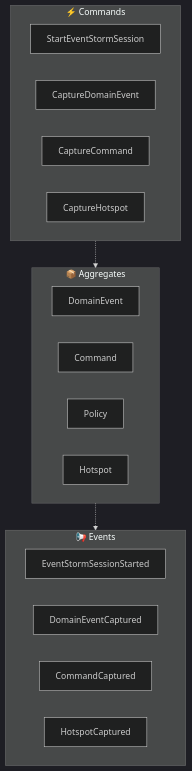
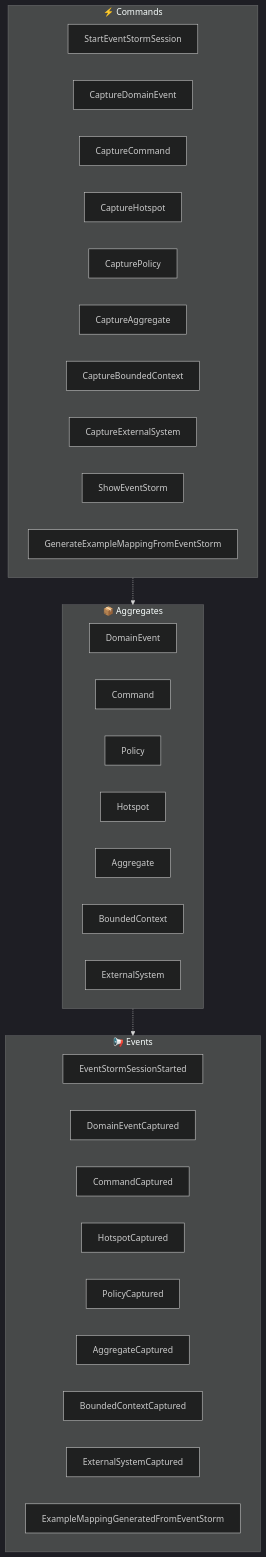
One commit to sengac/fspec changed the fifth of 12 diagrams in spec/FOUNDATION.md. Above: the diagram before and after it, drawn with Mermaid (dark theme). The commit also changed other lines of this file and 365 other files, not shown here.

Commit message:
feat(cli): port add-aggregate, add-capability, add-command, add-dependencies, add-diagram, add-domain-event, add-example, add-persona, add-policy, add-question, add-rule, and other add-* commands to Rust with canonical.rs refactor

````diff
--- a/spec/FOUNDATION.md
+++ b/spec/FOUNDATION.md
@@ -266,26 +458,40 @@
 ```mermaid
 flowchart TB
   subgraph Commands["⚡ Commands"]
     C67[StartEventStormSession]
     C68[CaptureDomainEvent]
     C69[CaptureCommand]
     C70[CaptureHotspot]
+    C201[CapturePolicy]
+    C202[CaptureAggregate]
+    C203[CaptureBoundedContext]
+    C204[CaptureExternalSystem]
+    C205[ShowEventStorm]
+    C206[GenerateExampleMappingFromEventStorm]
   end
 
   subgraph Aggregates["📦 Aggregates"]
     A19[DomainEvent]
     A20[Command]
     A21[Policy]
     A22[Hotspot]
+    A88[Aggregate]
+    A89[BoundedContext]
+    A90[ExternalSystem]
   end
 
   subgraph Events["📢 Events"]
     E43[EventStormSessionStarted]
     E44[DomainEventCaptured]
     E45[CommandCaptured]
     E46[HotspotCaptured]
+    E196[PolicyCaptured]
+    E197[AggregateCaptured]
+    E198[BoundedContextCaptured]
+    E199[ExternalSystemCaptured]
+    E200[ExampleMappingGeneratedFromEventStorm]
   end
 
   Commands -.-> Aggregates
   Aggregates -.-> Events
 ```
````
